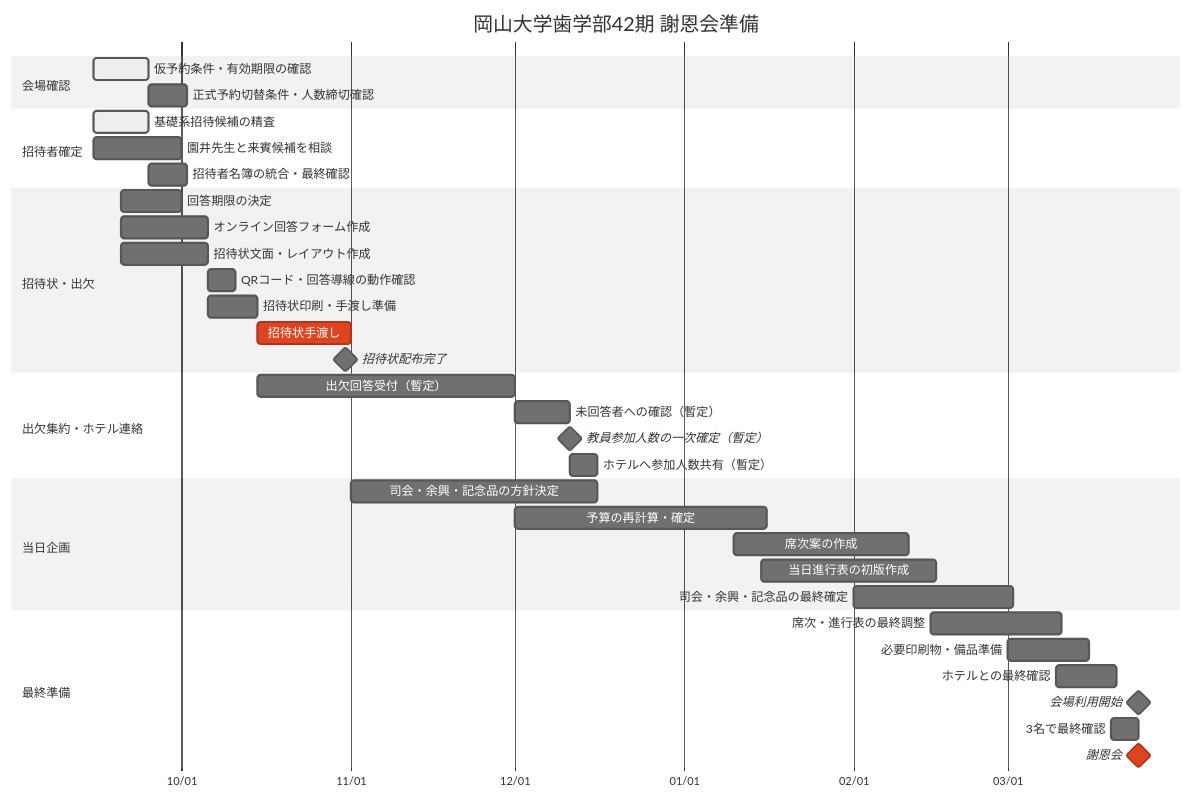
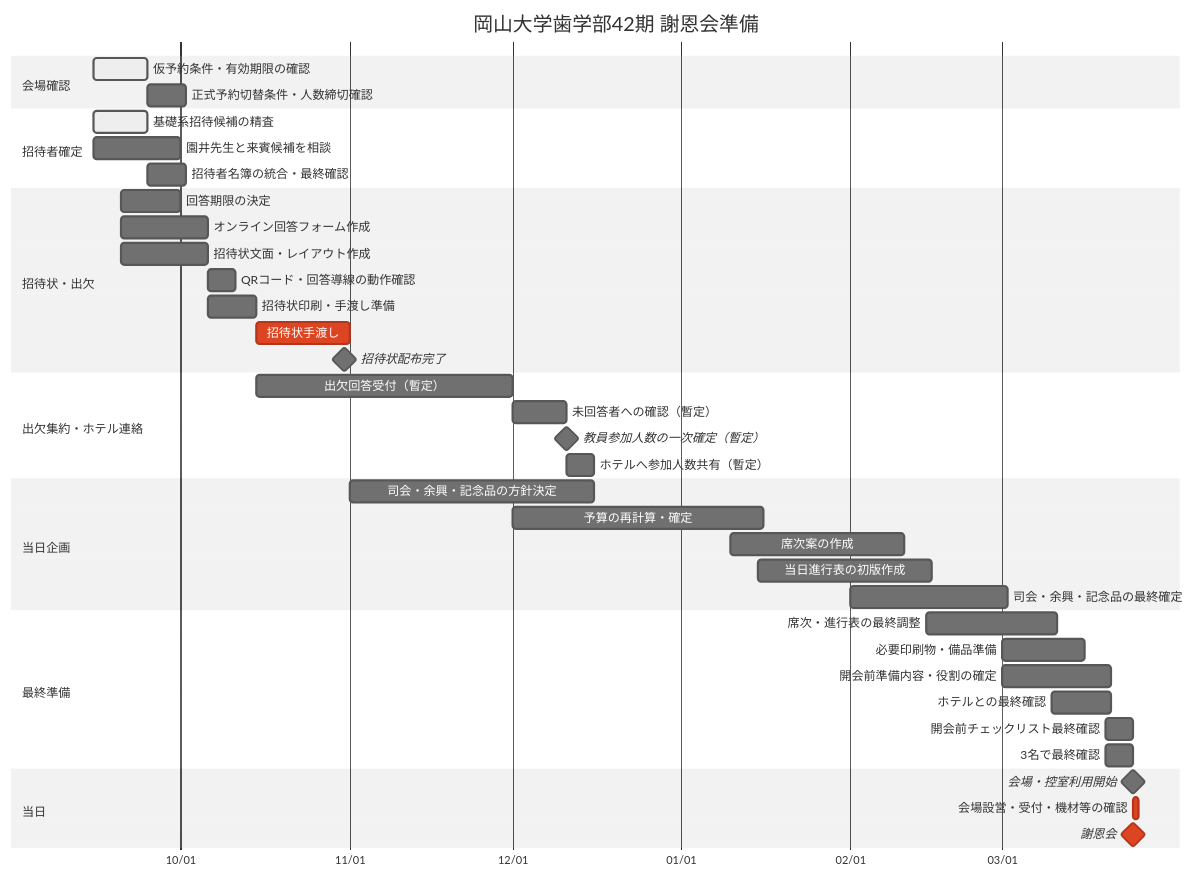
Before and after one commit to ishinebe/syaonkai: the diagram in GANTT.md, drawn with Mermaid (neutral theme). The commit also changed other lines of this file, not shown here.

Commit message:
Add pre-opening preparation tasks to gantt

````diff
--- a/GANTT.md
+++ b/GANTT.md
@@ -19,45 +19,50 @@
 ```mermaid
 gantt
     title 岡山大学歯学部42期 謝恩会準備
     dateFormat  YYYY-MM-DD
     axisFormat  %m/%d
 
     section 会場確認
     仮予約条件・有効期限の確認       :active, h1, 2026-09-15, 10d
     正式予約切替条件・人数締切確認   :h2, after h1, 7d
 
     section 招待者確定
     基礎系招待候補の精査           :active, a1, 2026-09-15, 10d
     園井先生と来賓候補を相談       :a2, 2026-09-15, 16d
     招待者名簿の統合・最終確認     :a3, after a1, 7d
 
     section 招待状・出欠
     回答期限の決定                 :a4, 2026-09-20, 11d
     オンライン回答フォーム作成     :a5, 2026-09-20, 16d
     招待状文面・レイアウト作成     :a6, 2026-09-20, 16d
     QRコード・回答導線の動作確認   :a7, after a5, 5d
     招待状印刷・手渡し準備         :a8, 2026-10-06, 9d
     招待状手渡し                   :crit, a9, 2026-10-15, 17d
     招待状配布完了                 :milestone, m1, 2026-10-31, 0d
 
     section 出欠集約・ホテル連絡
     出欠回答受付（暫定）           :a10, 2026-10-15, 47d
     未回答者への確認（暫定）       :a11, 2026-12-01, 10d
     教員参加人数の一次確定（暫定） :milestone, m2, 2026-12-11, 0d
     ホテルへ参加人数共有（暫定）   :a12, 2026-12-11, 5d
 
     section 当日企画
     司会・余興・記念品の方針決定   :a13, 2026-11-01, 45d
     予算の再計算・確定             :a14, 2026-12-01, 46d
     席次案の作成                   :a15, 2027-01-10, 32d
     当日進行表の初版作成           :a16, 2027-01-15, 32d
     司会・余興・記念品の最終確定   :a17, 2027-02-01, 29d
 
     section 最終準備
     席次・進行表の最終調整         :a18, 2027-02-15, 24d
     必要印刷物・備品準備           :a19, 2027-03-01, 15d
+    開会前準備内容・役割の確定     :a22, 2027-03-01, 20d
     ホテルとの最終確認             :a20, 2027-03-10, 11d
-    会場利用開始                   :milestone, m4, 2027-03-25, 0d
+    開会前チェックリスト最終確認   :a23, 2027-03-20, 5d
     3名で最終確認                  :a21, 2027-03-20, 5d
+
+    section 当日
+    会場・控室利用開始             :milestone, m4, 2027-03-25, 0d
+    会場設営・受付・機材等の確認   :crit, a24, 2027-03-25, 1d
     謝恩会                          :crit, milestone, m3, 2027-03-25, 0d
 ```
````
